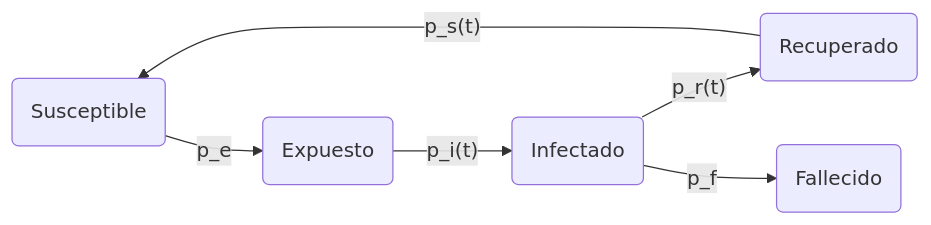
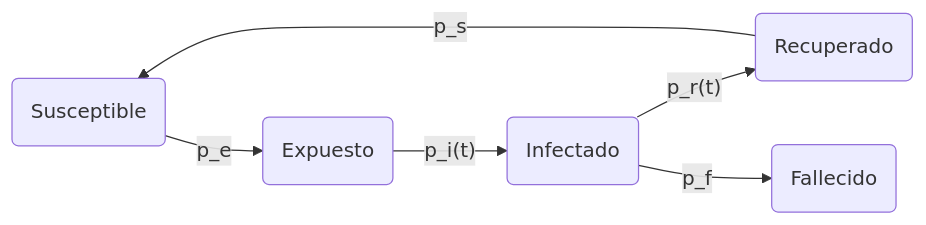
Before and after one commit to jr2bg/covid19_SEIRSF: the first of 3 diagrams in README.md, drawn with Mermaid. The commit also changed other lines of this file and 3 other files, not shown here.

````diff
--- a/README.md
+++ b/README.md
@@ -37,8 +36,8 @@
 ```mermaid
 graph LR
     S(Susceptible) --> |p_e|E(Expuesto)
     E --> |"p_i(t)"|I(Infectado)
     I --> |"p_r(t)"|R(Recuperado)
     I --> |p_f|F(Fallecido)
-    R -->|"p_s(t)"| S
+    R -->|"p_s"| S
 ```
````
